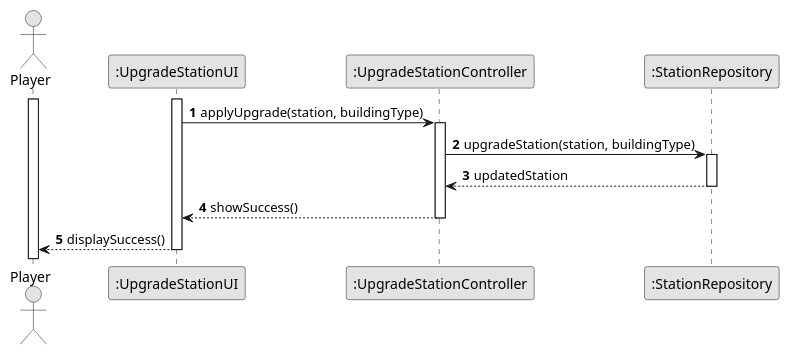
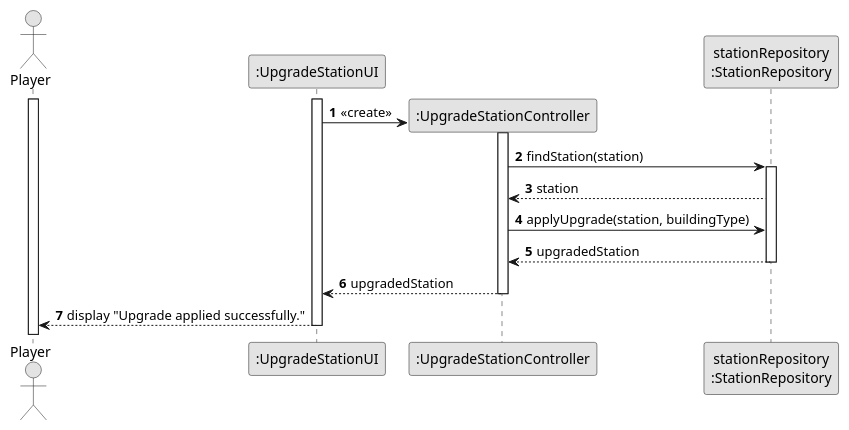
Before and after one commit to goncalolopesp/sem2-pi-24.25-g093-repo: the diagram in docs/system-documentation/US006/03.design/puml/US006-SD-applyAndSuccess.puml, drawn with PlantUML. The commit also changed 11 other files, not shown here.

```diff
--- a/docs/system-documentation/US006/03.design/puml/US006-SD-applyAndSuccess.puml
+++ b/docs/system-documentation/US006/03.design/puml/US006-SD-applyAndSuccess.puml
@@ -1,27 +1,31 @@
 @startuml US006-SD-applyAndSuccess
 skinparam monochrome true
 skinparam packageStyle rectangle
 skinparam shadowing false
 autonumber
 
 actor "Player" as Player
-participant ":UpgradeStationUI" as UpgradeUI
-participant ":UpgradeStationController" as Controller
-participant ":StationRepository" as StationRepo
+participant ":UpgradeStationUI" as UpgradeStationUI
+
 
 activate Player
-activate UpgradeUI
-UpgradeUI -> Controller: applyUpgrade(station, buildingType)
-activate Controller
+activate UpgradeStationUI
+create ":UpgradeStationController" as UpgradeStationController
+UpgradeStationUI -> UpgradeStationController : «create»
+activate UpgradeStationController
+participant "stationRepository\n:StationRepository" as stationRepository
+UpgradeStationController -> stationRepository : findStation(station)
+activate stationRepository
+stationRepository --> UpgradeStationController : station
 
-Controller -> StationRepo: upgradeStation(station, buildingType)
-activate StationRepo
-StationRepo --> Controller: updatedStation
-deactivate StationRepo
 
-Controller --> UpgradeUI: showSuccess()
-deactivate Controller
+UpgradeStationController -> stationRepository : applyUpgrade(station, buildingType)
+stationRepository --> UpgradeStationController : upgradedStation
+deactivate stationRepository
 
-UpgradeUI --> Player: displaySuccess()
-deactivate UpgradeUI
+UpgradeStationController --> UpgradeStationUI : upgradedStation
+deactivate UpgradeStationController
+
+UpgradeStationUI --> Player : display "Upgrade applied successfully."
+deactivate UpgradeStationUI
 @enduml
```
